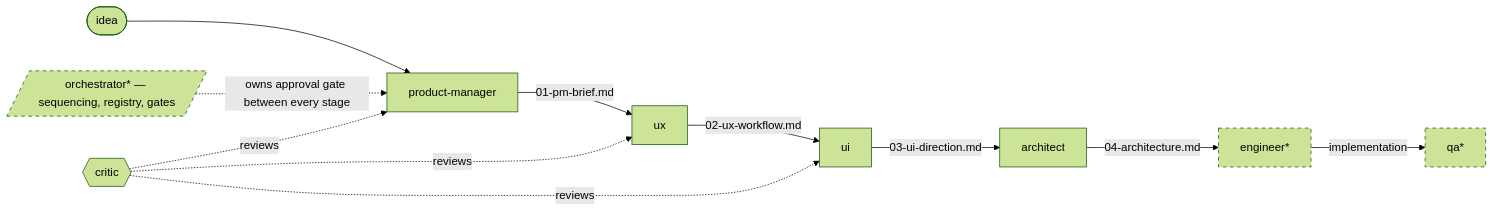
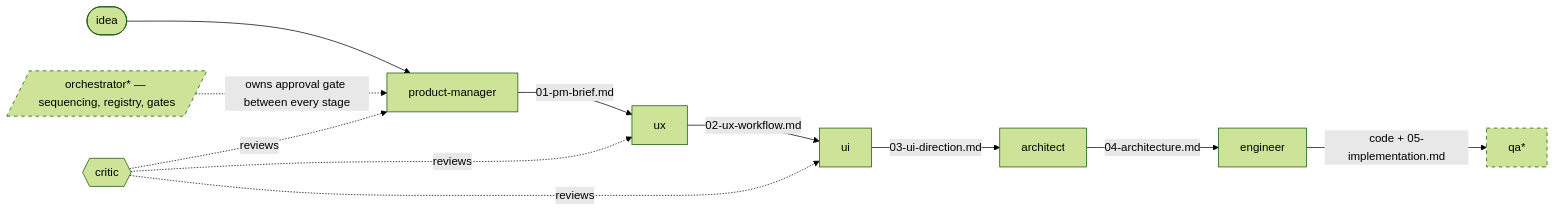
Before and after one commit to BrettSEvans/Agent-C: the diagram in ARCHITECTURE.md, drawn with Mermaid (forest theme). The commit also changed other lines of this file and 6 other files, not shown here.

````diff
--- a/ARCHITECTURE.md
+++ b/ARCHITECTURE.md
@@ -69,19 +71,19 @@
 ```mermaid
 flowchart LR
     seed([idea]) --> PM[product-manager]
     PM -->|01-pm-brief.md| UX[ux]
     UX -->|02-ux-workflow.md| UI[ui]
     UI -->|03-ui-direction.md| ARCH[architect]
-    ARCH -->|04-architecture.md| ENG[engineer*]
-    ENG -->|implementation| QA[qa*]
+    ARCH -->|04-architecture.md| ENG[engineer]
+    ENG -->|code + 05-implementation.md| QA[qa*]
 
     CRITIC{{critic}} -.reviews.-> PM
     CRITIC -.reviews.-> UX
     CRITIC -.reviews.-> UI
 
     ORCH[/orchestrator* — sequencing, registry, gates/]
     ORCH -.owns approval gate between every stage.-> PM
 
     classDef todo stroke-dasharray: 5 5;
-    class ENG,QA,ORCH todo;
+    class QA,ORCH todo;
 ```
````
